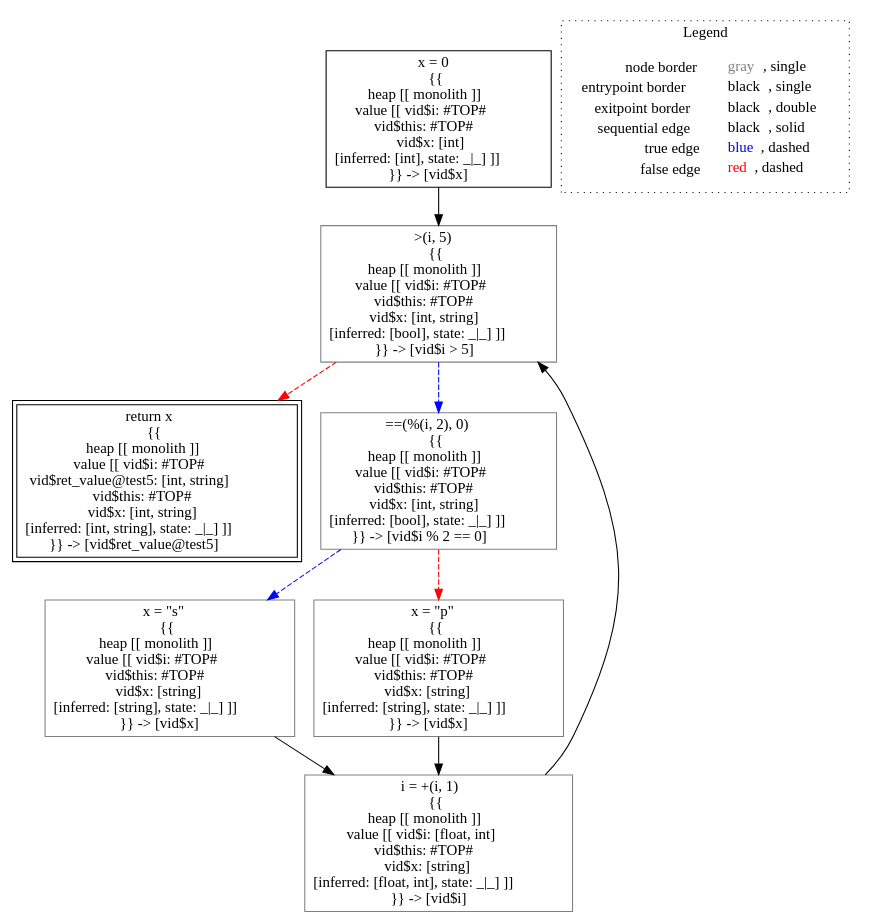
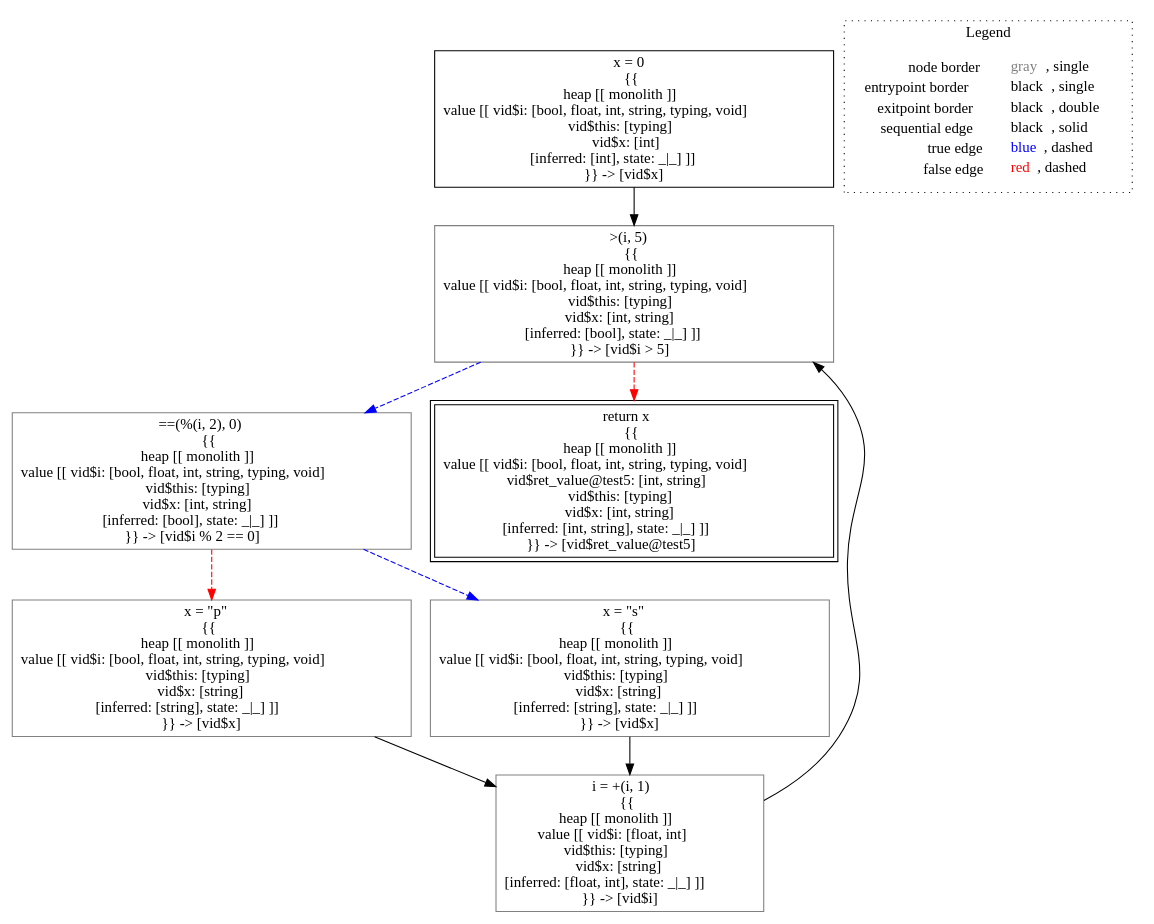
Before and after one commit to lisa-analyzer/lisa: the diagram in lisa/imp-testcases/type-inference/typing___untyped_typing.test5(typing_this,_untyped_i).dot, drawn with Graphviz. The commit also changed 5 other files, not shown here.

Commit message:
refactored typing test cases

```diff
--- a/lisa/imp-testcases/type-inference/typing___untyped_typing.test5(typing_this,_untyped_i).dot
+++ b/lisa/imp-testcases/type-inference/typing___untyped_typing.test5(typing_this,_untyped_i).dot
@@ -1,24 +1,24 @@
 digraph {
-	"node0" [shape="rect",color="black",label=<x = 0<BR/>{{<BR/>heap [[ monolith ]]<BR/>value [[ vid$i: #TOP#<BR/>vid$this: #TOP#<BR/>vid$x: [int]<BR/>[inferred: [int], state: _|_] ]]<BR/>}} -&gt; [vid$x]>];
-	"node1" [shape="rect",color="gray",label=<&gt;(i, 5)<BR/>{{<BR/>heap [[ monolith ]]<BR/>value [[ vid$i: #TOP#<BR/>vid$this: #TOP#<BR/>vid$x: [int, string]<BR/>[inferred: [bool], state: _|_] ]]<BR/>}} -&gt; [vid$i &gt; 5]>];
-	"node2" [shape="rect",color="gray",label=<x = &quot;s&quot;<BR/>{{<BR/>heap [[ monolith ]]<BR/>value [[ vid$i: #TOP#<BR/>vid$this: #TOP#<BR/>vid$x: [string]<BR/>[inferred: [string], state: _|_] ]]<BR/>}} -&gt; [vid$x]>];
-	"node3" [shape="rect",color="gray",label=<i = +(i, 1)<BR/>{{<BR/>heap [[ monolith ]]<BR/>value [[ vid$i: [float, int]<BR/>vid$this: #TOP#<BR/>vid$x: [string]<BR/>[inferred: [float, int], state: _|_] ]]<BR/>}} -&gt; [vid$i]>];
-	"node4" [shape="rect",color="black",peripheries="2",label=<return x<BR/>{{<BR/>heap [[ monolith ]]<BR/>value [[ vid$i: #TOP#<BR/>vid$ret_value@test5: [int, string]<BR/>vid$this: #TOP#<BR/>vid$x: [int, string]<BR/>[inferred: [int, string], state: _|_] ]]<BR/>}} -&gt; [vid$ret_value@test5]>];
-	"node5" [shape="rect",color="gray",label=<x = &quot;p&quot;<BR/>{{<BR/>heap [[ monolith ]]<BR/>value [[ vid$i: #TOP#<BR/>vid$this: #TOP#<BR/>vid$x: [string]<BR/>[inferred: [string], state: _|_] ]]<BR/>}} -&gt; [vid$x]>];
-	"node6" [shape="rect",color="gray",label=<==(%(i, 2), 0)<BR/>{{<BR/>heap [[ monolith ]]<BR/>value [[ vid$i: #TOP#<BR/>vid$this: #TOP#<BR/>vid$x: [int, string]<BR/>[inferred: [bool], state: _|_] ]]<BR/>}} -&gt; [vid$i % 2 == 0]>];
+	"node0" [shape="rect",color="black",label=<x = 0<BR/>{{<BR/>heap [[ monolith ]]<BR/>value [[ vid$i: [bool, float, int, string, typing, void]<BR/>vid$this: [typing]<BR/>vid$x: [int]<BR/>[inferred: [int], state: _|_] ]]<BR/>}} -&gt; [vid$x]>];
+	"node1" [shape="rect",color="gray",label=<&gt;(i, 5)<BR/>{{<BR/>heap [[ monolith ]]<BR/>value [[ vid$i: [bool, float, int, string, typing, void]<BR/>vid$this: [typing]<BR/>vid$x: [int, string]<BR/>[inferred: [bool], state: _|_] ]]<BR/>}} -&gt; [vid$i &gt; 5]>];
+	"node2" [shape="rect",color="gray",label=<==(%(i, 2), 0)<BR/>{{<BR/>heap [[ monolith ]]<BR/>value [[ vid$i: [bool, float, int, string, typing, void]<BR/>vid$this: [typing]<BR/>vid$x: [int, string]<BR/>[inferred: [bool], state: _|_] ]]<BR/>}} -&gt; [vid$i % 2 == 0]>];
+	"node3" [shape="rect",color="gray",label=<x = &quot;p&quot;<BR/>{{<BR/>heap [[ monolith ]]<BR/>value [[ vid$i: [bool, float, int, string, typing, void]<BR/>vid$this: [typing]<BR/>vid$x: [string]<BR/>[inferred: [string], state: _|_] ]]<BR/>}} -&gt; [vid$x]>];
+	"node4" [shape="rect",color="black",peripheries="2",label=<return x<BR/>{{<BR/>heap [[ monolith ]]<BR/>value [[ vid$i: [bool, float, int, string, typing, void]<BR/>vid$ret_value@test5: [int, string]<BR/>vid$this: [typing]<BR/>vid$x: [int, string]<BR/>[inferred: [int, string], state: _|_] ]]<BR/>}} -&gt; [vid$ret_value@test5]>];
+	"node5" [shape="rect",color="gray",label=<i = +(i, 1)<BR/>{{<BR/>heap [[ monolith ]]<BR/>value [[ vid$i: [float, int]<BR/>vid$this: [typing]<BR/>vid$x: [string]<BR/>[inferred: [float, int], state: _|_] ]]<BR/>}} -&gt; [vid$i]>];
+	"node6" [shape="rect",color="gray",label=<x = &quot;s&quot;<BR/>{{<BR/>heap [[ monolith ]]<BR/>value [[ vid$i: [bool, float, int, string, typing, void]<BR/>vid$this: [typing]<BR/>vid$x: [string]<BR/>[inferred: [string], state: _|_] ]]<BR/>}} -&gt; [vid$x]>];
+	"node1" -> "node2" [color="blue",style="dashed"];
+	"node1" -> "node4" [color="red",style="dashed"];
+	"node2" -> "node3" [color="red",style="dashed"];
+	"node2" -> "node6" [color="blue",style="dashed"];
+	"node3" -> "node5" [color="black"];
 	"node0" -> "node1" [color="black"];
-	"node1" -> "node4" [color="red",style="dashed"];
-	"node1" -> "node6" [color="blue",style="dashed"];
-	"node2" -> "node3" [color="black"];
-	"node3" -> "node1" [color="black"];
-	"node5" -> "node3" [color="black"];
-	"node6" -> "node2" [color="blue",style="dashed"];
-	"node6" -> "node5" [color="red",style="dashed"];
+	"node5" -> "node1" [color="black"];
+	"node6" -> "node5" [color="black"];
 subgraph cluster_legend {
 	label="Legend";
 	style=dotted;
 	node [shape=plaintext];
 	"legend" [label=<<table border="0" cellpadding="2" cellspacing="0" cellborder="0"><tr><td align="right">node border&nbsp;</td><td align="left"><font color="gray">gray</font>, single</td></tr><tr><td align="right">entrypoint border&nbsp;</td><td align="left"><font color="black">black</font>, single</td></tr><tr><td align="right">exitpoint border&nbsp;</td><td align="left"><font color="black">black</font>, double</td></tr><tr><td align="right">sequential edge&nbsp;</td><td align="left"><font color="black">black</font>, solid</td></tr><tr><td align="right">true edge&nbsp;</td><td align="left"><font color="blue">blue</font>, dashed</td></tr><tr><td align="right">false edge&nbsp;</td><td align="left"><font color="red">red</font>, dashed</td></tr></table>>];
 }
 
 }
```
